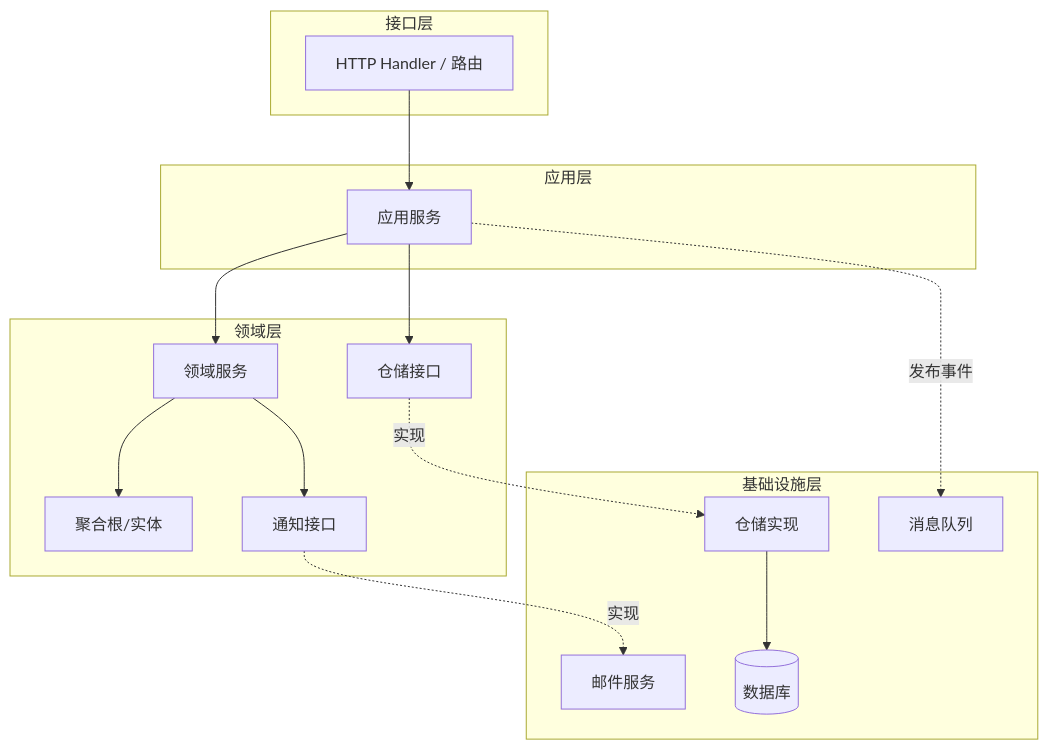
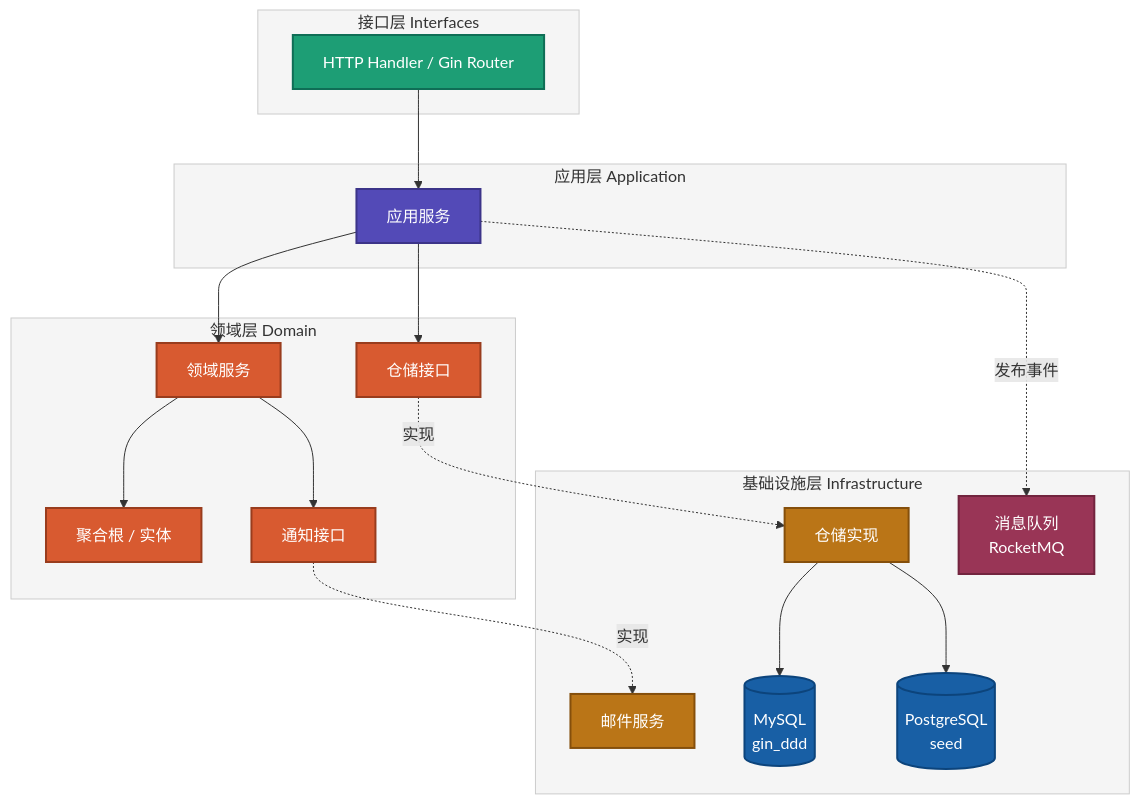
The diagram in practice-projects/gin-ddd/Gin-Framework-DDD-Scaffold.md (microwind/design-patterns), drawn with Mermaid before and after one commit. The commit also changed 3 other files, not shown here.

````diff
--- a/practice-projects/gin-ddd/Gin-Framework-DDD-Scaffold.md
+++ b/practice-projects/gin-ddd/Gin-Framework-DDD-Scaffold.md
@@ -47,34 +47,55 @@
 ```mermaid
 flowchart TB
-    subgraph 接口层
-        Handler[HTTP Handler / 路由]
+    subgraph IF["接口层 Interfaces"]
+        Handler["HTTP Handler / Gin Router"]
     end
 
-    subgraph 应用层
-        AppService[应用服务]
+    subgraph APP["应用层 Application"]
+        AppService["应用服务"]
     end
 
-    subgraph 领域层
-        DomainService[领域服务]
-        Model[聚合根/实体]
-        RepoInterface[仓储接口]
-        NotificationInterface[通知接口]
+    subgraph DOMAIN["领域层 Domain"]
+        DomainService["领域服务"]
+        Model["聚合根 / 实体"]
+        RepoInterface["仓储接口"]
+        NotificationInterface["通知接口"]
     end
 
-    subgraph 基础设施层
-        RepoImpl[仓储实现]
-        Mail[邮件服务]
-        MQ[消息队列]
-        DB[(数据库)]
+    subgraph INFRA["基础设施层 Infrastructure"]
+        RepoImpl["仓储实现"]
+        Mail["邮件服务"]
+        MQ["消息队列<br/>RocketMQ"]
+        MySQL[("MySQL<br/>gin_ddd")]
+        PG[("PostgreSQL<br/>seed")]
     end
 
     Handler --> AppService
     AppService --> DomainService
     AppService --> RepoInterface
     DomainService --> Model
     DomainService --> NotificationInterface
-    RepoInterface -.实现.-> RepoImpl
-    NotificationInterface -.实现.-> Mail
-    RepoImpl --> DB
-    AppService -.发布事件.-> MQ
+    RepoInterface -. 实现 .-> RepoImpl
+    NotificationInterface -. 实现 .-> Mail
+    RepoImpl --> MySQL
+    RepoImpl --> PG
+    AppService -. 发布事件 .-> MQ
+
+    classDef if fill:#1D9E75,stroke:#0F6E56,color:#ffffff,stroke-width:2px
+    classDef app fill:#534AB7,stroke:#3C3489,color:#ffffff,stroke-width:2px
+    classDef domain fill:#D85A30,stroke:#993C1D,color:#ffffff,stroke-width:2px
+    classDef infra fill:#BA7517,stroke:#854F0B,color:#ffffff,stroke-width:2px
+    classDef db fill:#185FA5,stroke:#0C447C,color:#ffffff,stroke-width:2px
+    classDef event fill:#993556,stroke:#72243E,color:#ffffff,stroke-width:2px
+
+    class Handler if
+    class AppService app
+    class DomainService,Model,RepoInterface,NotificationInterface domain
+    class RepoImpl,Mail infra
+    class MQ event
+    class MySQL,PG db
+
+    style IF fill:#F5F5F5,stroke:#CCCCCC,color:#333333
+    style APP fill:#F5F5F5,stroke:#CCCCCC,color:#333333
+    style DOMAIN fill:#F5F5F5,stroke:#CCCCCC,color:#333333
+    style INFRA fill:#F5F5F5,stroke:#CCCCCC,color:#333333
 ```
````
